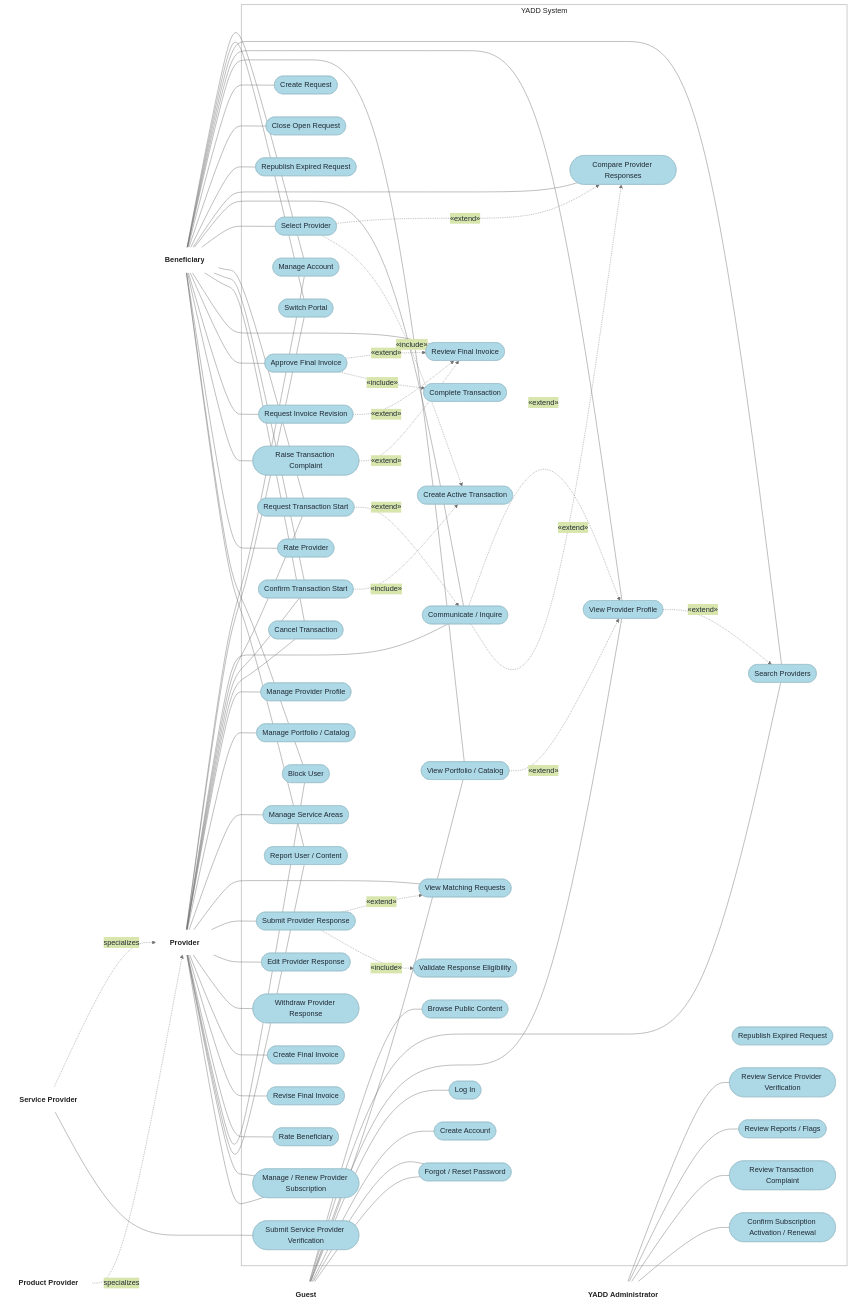
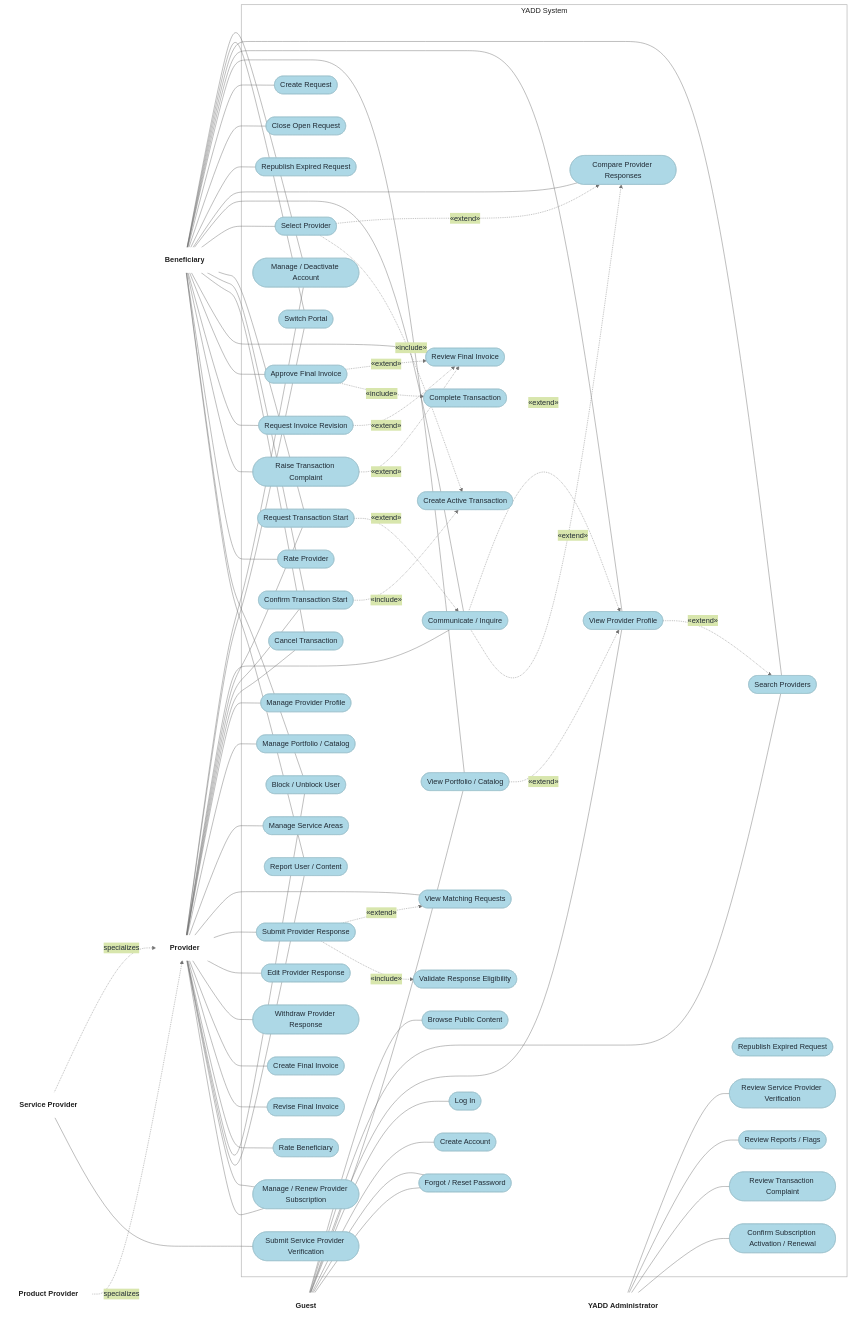
Before and after one commit to Yadd-SanaaUniversityGraduationProject/yadd: the diagram in docs/03-analysis/10-UML.md, drawn with Mermaid. The commit also changed other lines of this file, not shown here.

Commit message:
Correct and complete main UML synchronization

```diff
--- a/docs/03-analysis/10-UML.md
+++ b/docs/03-analysis/10-UML.md
@@ -43,7 +43,7 @@
 
     subgraph YADD["YADD System"]
         UC0([Browse Public Content])
-        UC1([Manage Account])
+        UC1([Manage / Deactivate Account])
         UCL([Log In])
         UCR([Create Account])
         UCF([Recover Password])
@@ -87,7 +87,7 @@
         UC29([Revise Final Invoice])
         UC30([Rate Beneficiary])
 
-        UC31([Block User])
+        UC31([Block / Unblock User])
         UC32([Report User / Content])
 
         UC33([Review Service Provider Verification])
```
